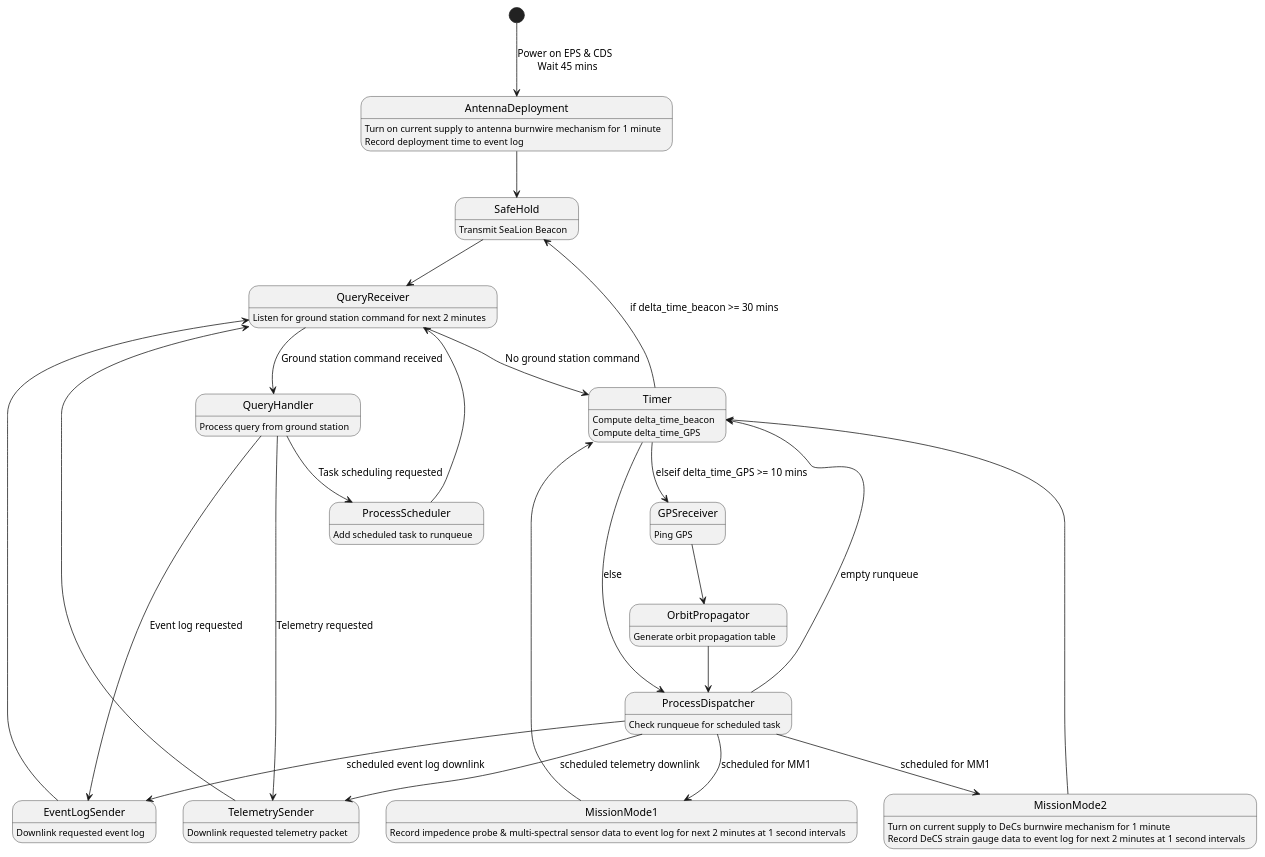
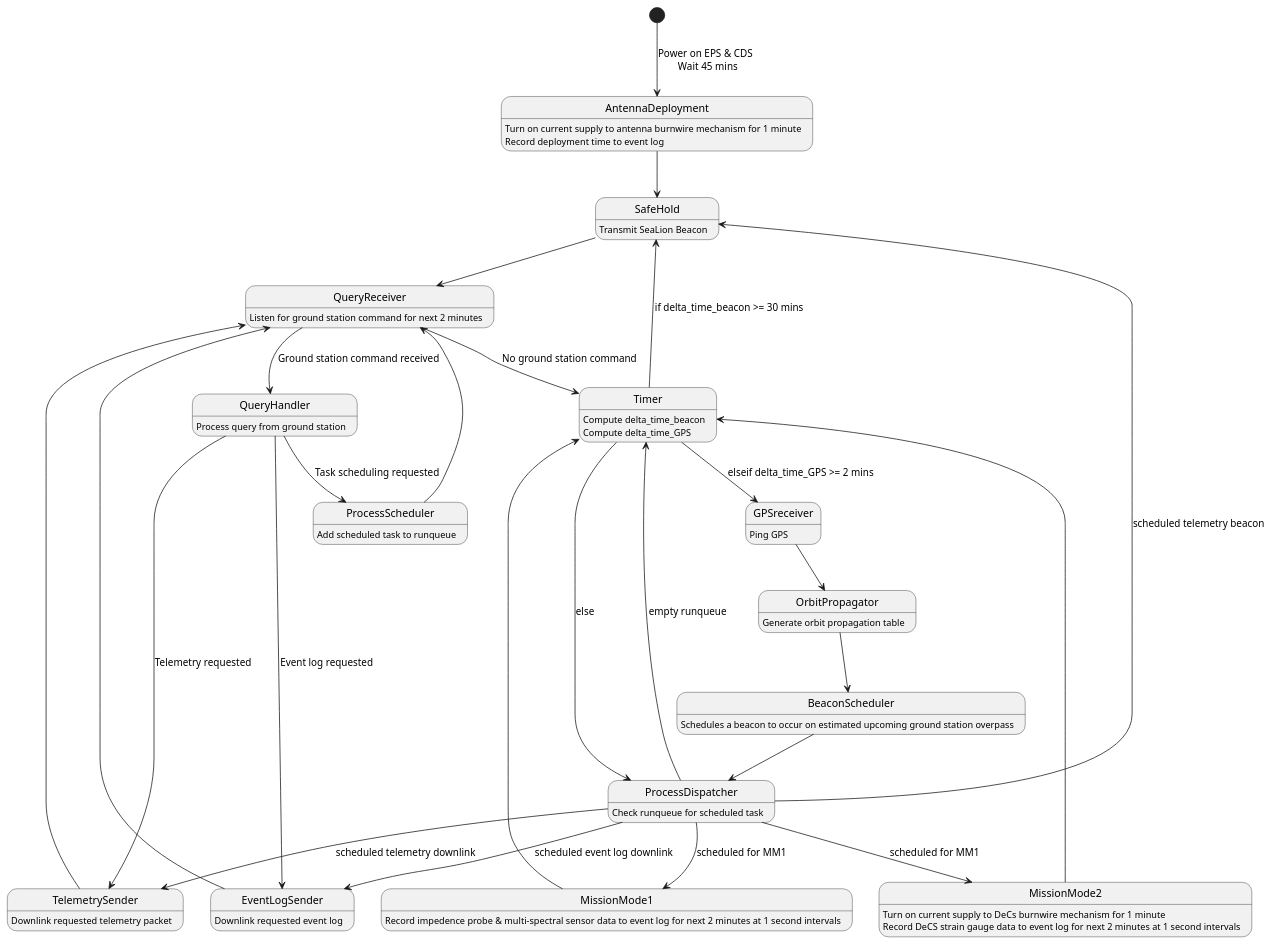
One commit to ODU-CGA-CubeSat/FSW changed the diagram in fsw-architecture/operating-mode-as-fsm.puml. Above: the diagram before and after it, drawn with PlantUML.

Commit message:
add BeaconScheduler
- redirect OrbitPropagator to BeaconScheduler to ProcessDispatcher
- update delta_time_GPS to 2 mins
- redirect ProcessDispatcher to SafeHold if scheduled for telemetry beacon

```diff
--- a/fsw-architecture/operating-mode-as-fsm.puml
+++ b/fsw-architecture/operating-mode-as-fsm.puml
@@ -1,56 +1,60 @@
 @startuml
 
 state AntennaDeployment
       AntennaDeployment : Turn on current supply to antenna burnwire mechanism for 1 minute
       AntennaDeployment : Record deployment time to event log
 state SafeHold
       SafeHold : Transmit SeaLion Beacon
 state QueryReceiver
       QueryReceiver : Listen for ground station command for next 2 minutes
 state TelemetrySender
       TelemetrySender : Downlink requested telemetry packet
 state EventLogSender
       EventLogSender : Downlink requested event log
 state Timer
       Timer : Compute delta_time_beacon
       Timer : Compute delta_time_GPS
 state MissionMode1
       MissionMode1 : Record impedence probe & multi-spectral sensor data to event log for next 2 minutes at 1 second intervals
 state MissionMode2
       MissionMode2 : Turn on current supply to DeCs burnwire mechanism for 1 minute
       MissionMode2 : Record DeCS strain gauge data to event log for next 2 minutes at 1 second intervals
 state ProcessDispatcher
       ProcessDispatcher : Check runqueue for scheduled task
 state OrbitPropagator
       OrbitPropagator : Generate orbit propagation table
+state BeaconScheduler
+      BeaconScheduler : Schedules a beacon to occur on estimated upcoming ground station overpass
 state GPSreceiver
       GPSreceiver : Ping GPS
 state QueryHandler
       QueryHandler : Process query from ground station
 state ProcessScheduler
       ProcessScheduler : Add scheduled task to runqueue
 
 [*] --> AntennaDeployment : Power on EPS & CDS \n Wait 45 mins
 AntennaDeployment --> SafeHold
 SafeHold --> QueryReceiver
 QueryReceiver --> QueryHandler : Ground station command received
 QueryReceiver --> Timer : No ground station command
 QueryHandler --> TelemetrySender : Telemetry requested
 QueryHandler --> EventLogSender : Event log requested
 QueryHandler --> ProcessScheduler : Task scheduling requested
 TelemetrySender --> QueryReceiver
 EventLogSender --> QueryReceiver
 ProcessScheduler --> QueryReceiver
 MissionMode1 --> Timer
 MissionMode2 --> Timer
 GPSreceiver --> OrbitPropagator
-OrbitPropagator --> ProcessDispatcher
+OrbitPropagator --> BeaconScheduler
+BeaconScheduler --> ProcessDispatcher
 Timer --> SafeHold : if delta_time_beacon >= 30 mins
-Timer --> GPSreceiver : elseif delta_time_GPS >= 10 mins
+Timer --> GPSreceiver : elseif delta_time_GPS >= 2 mins
 Timer --> ProcessDispatcher : else
 ProcessDispatcher --> MissionMode1 : scheduled for MM1
 ProcessDispatcher --> MissionMode2 : scheduled for MM1
 ProcessDispatcher --> Timer : empty runqueue
 ProcessDispatcher --> EventLogSender : scheduled event log downlink
 ProcessDispatcher --> TelemetrySender : scheduled telemetry downlink
+ProcessDispatcher --> SafeHold : scheduled telemetry beacon
 @enduml
```
